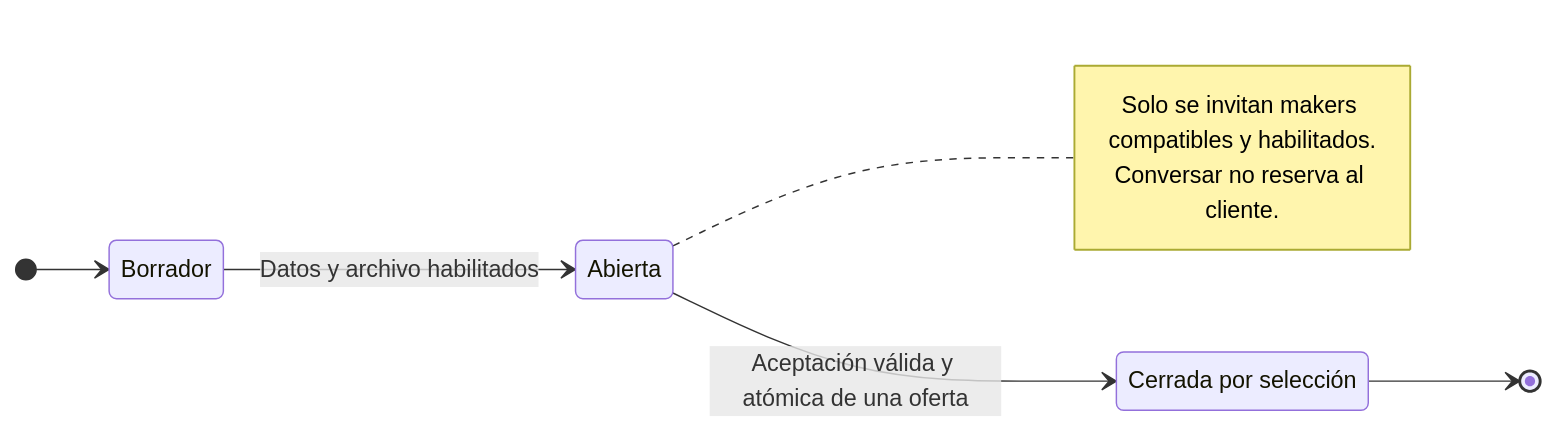
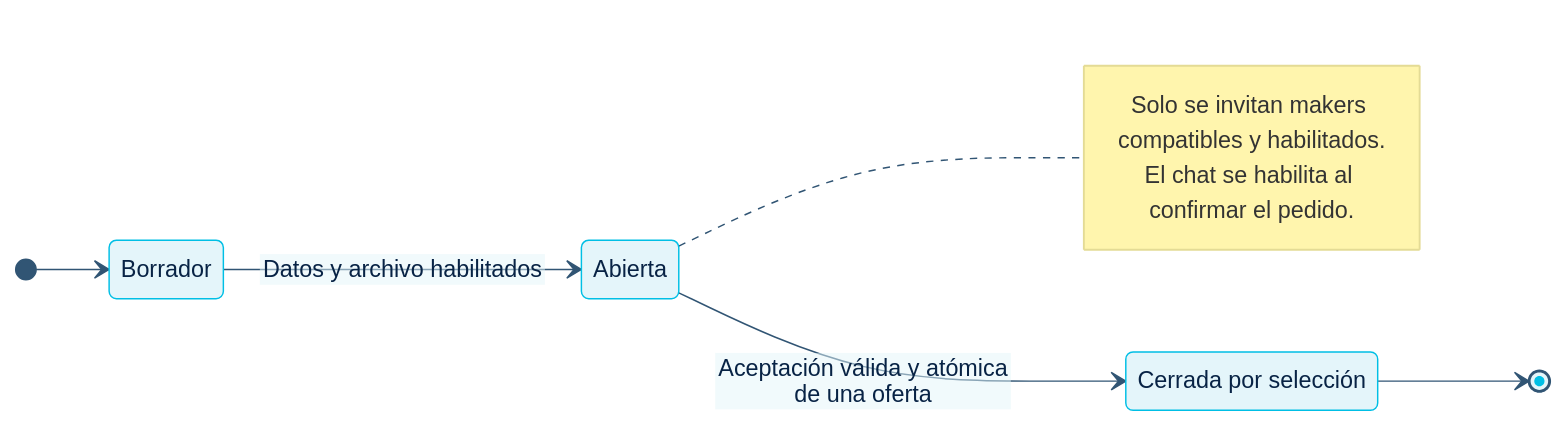
Before and after one commit to chill0101/3daltoque-docs: the second of 12 diagrams in src/content/docs/flujos/estados.md, drawn with Mermaid. The commit also changed other lines of this file and 145 other files, not shown here.

````diff
--- a/src/content/docs/flujos/estados.md
+++ b/src/content/docs/flujos/estados.md
@@ -60,16 +56,16 @@
 ```mermaid
+%%{init: {"theme":"base","themeVariables":{"primaryColor":"#E4F5FA","primaryTextColor":"#082345","primaryBorderColor":"#00BFE5","lineColor":"#315574","secondaryColor":"#F5F8FC","tertiaryColor":"#FFFFFF","fontFamily":"Manrope, sans-serif"},"flowchart":{"htmlLabels":false},"class":{"htmlLabels":false}}}%%
 stateDiagram-v2
   direction LR
   state "Borrador" as borrador
   state "Abierta" as abierta
   state "Cerrada por selección" as cerrada
   [*] --> borrador
   borrador --> abierta: Datos y archivo habilitados
   abierta --> cerrada: Aceptación válida y atómica de una oferta
   cerrada --> [*]
   note right of abierta
     Solo se invitan makers compatibles y habilitados.
-    Conversar no reserva al cliente.
+    El chat se habilita al confirmar el pedido.
   end note
-
 ```
````
